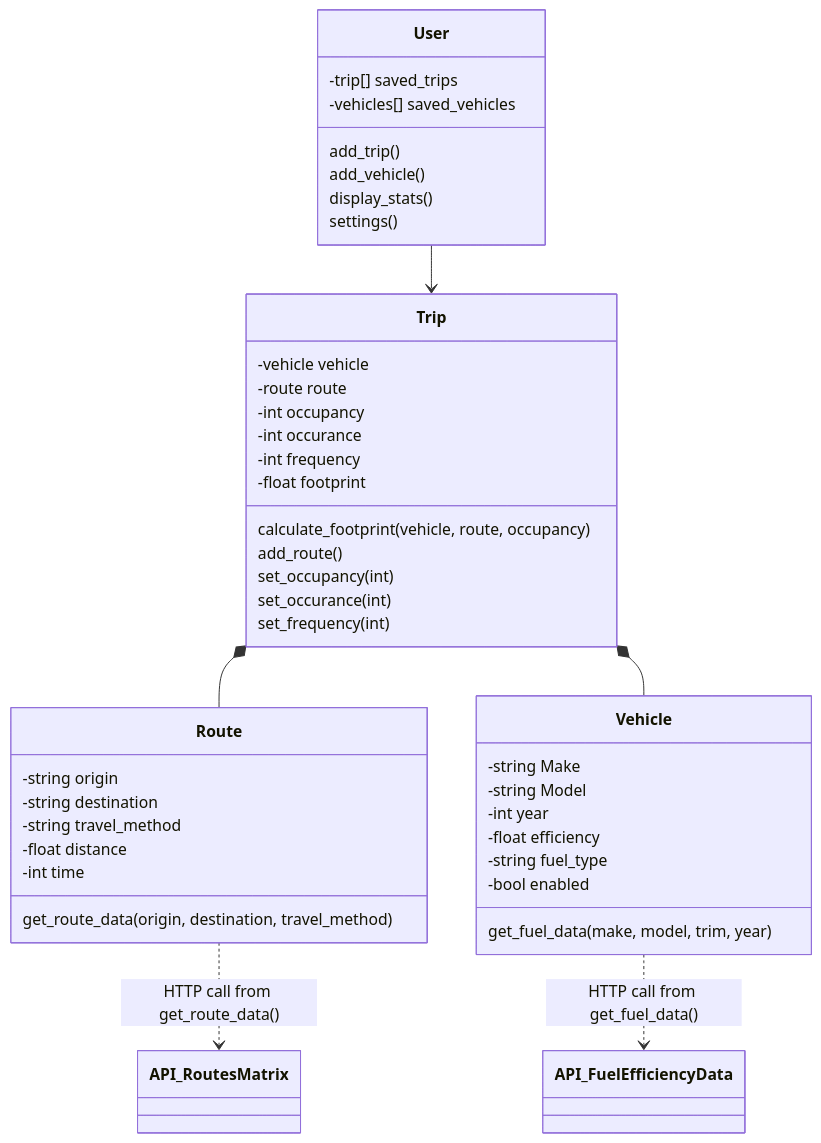
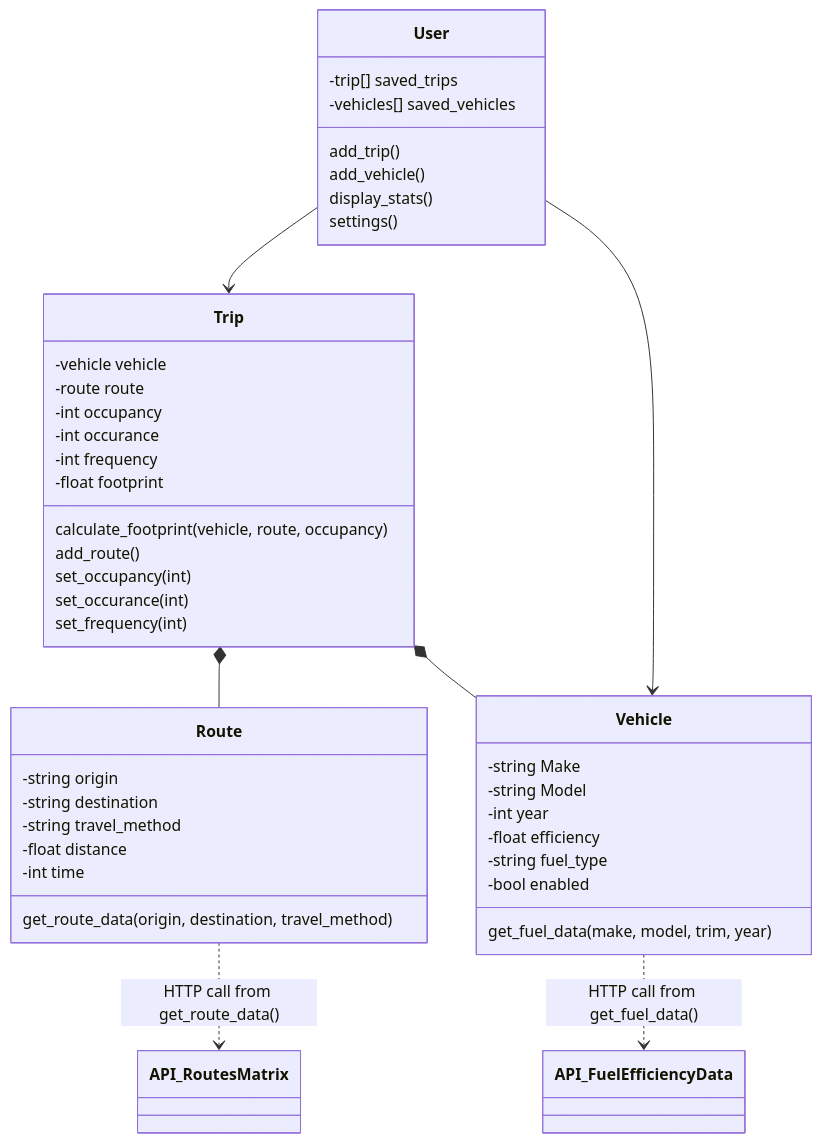
Before and after one commit to Issite/carbon-commute-calculator: the diagram in design/class_diagram.md, drawn with Mermaid. The commit also changed 1 other file, not shown here.

Commit message:
small changes to diagram

````diff
--- a/design/class_diagram.md
+++ b/design/class_diagram.md
@@ -1,54 +1,55 @@
 ```mermaid
 classDiagram
 
     class Trip
         Trip: -vehicle vehicle
         Trip: -route route
         Trip: -int occupancy
         Trip: -int occurance
         Trip: -int frequency
         Trip: -float footprint
         Trip :calculate_footprint(vehicle, route, occupancy)
         Trip :add_route()
         Trip :set_occupancy(int)
         Trip :set_occurance(int)
         Trip :set_frequency(int)
 
     class Vehicle
         Vehicle: -string Make
         Vehicle: -string Model
         Vehicle: -int year
         Vehicle: -float efficiency
         Vehicle: -string fuel_type
         Vehicle: -bool enabled
         Vehicle :get_fuel_data(make, model, trim, year)
 
     class Route
         Route: -string origin
         Route: -string destination
         Route: -string travel_method
         Route: -float distance
         Route: -int time
         Route :get_route_data(origin, destination, travel_method)
 
     class User
         User: -trip[] saved_trips
         User: -vehicles[] saved_vehicles
         User :add_trip()
         User :add_vehicle()
         User :display_stats()
         User :settings()
 
     
     class API_RoutesMatrix
     class API_FuelEfficiencyData
     
 
     Trip *-- Route : 
     User --> Trip : 
     Trip *-- Vehicle : 
+    User --> Vehicle
     Route ..> API_RoutesMatrix : HTTP call from get_route_data()
     Vehicle ..> API_FuelEfficiencyData : HTTP call from get_fuel_data()
 
 
 ```
````
